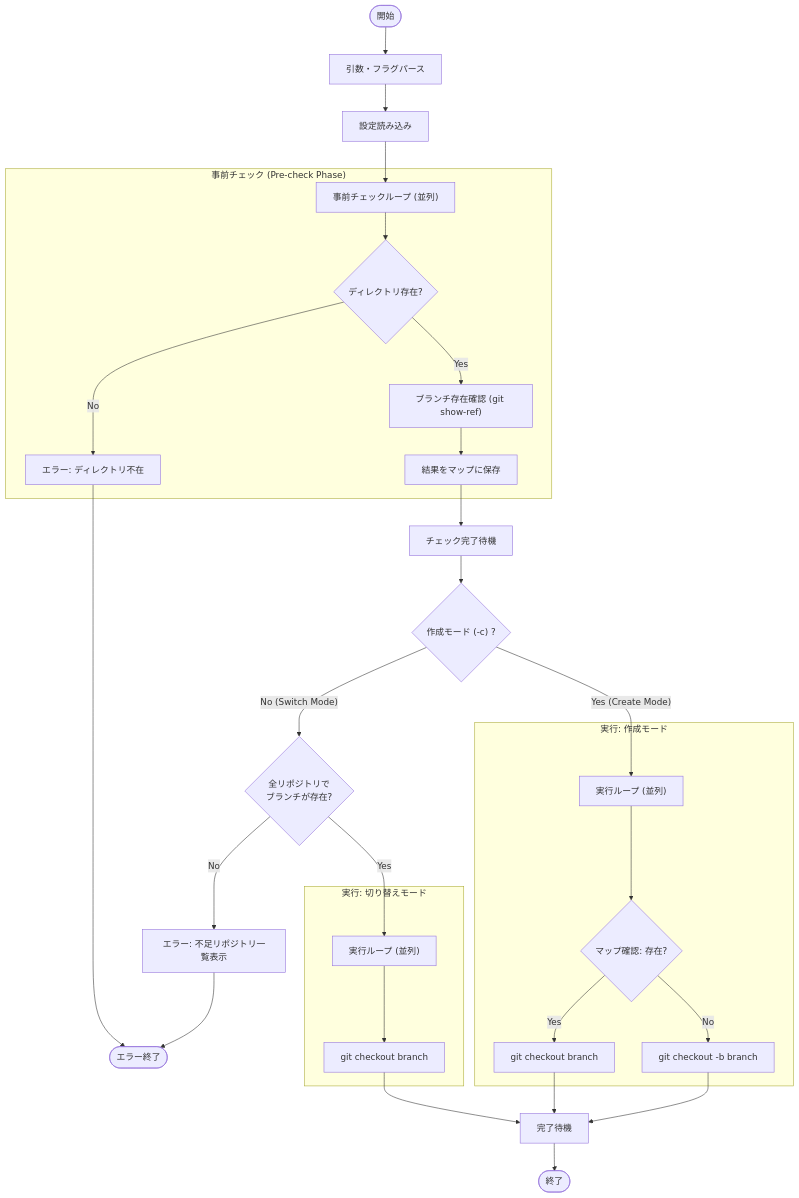
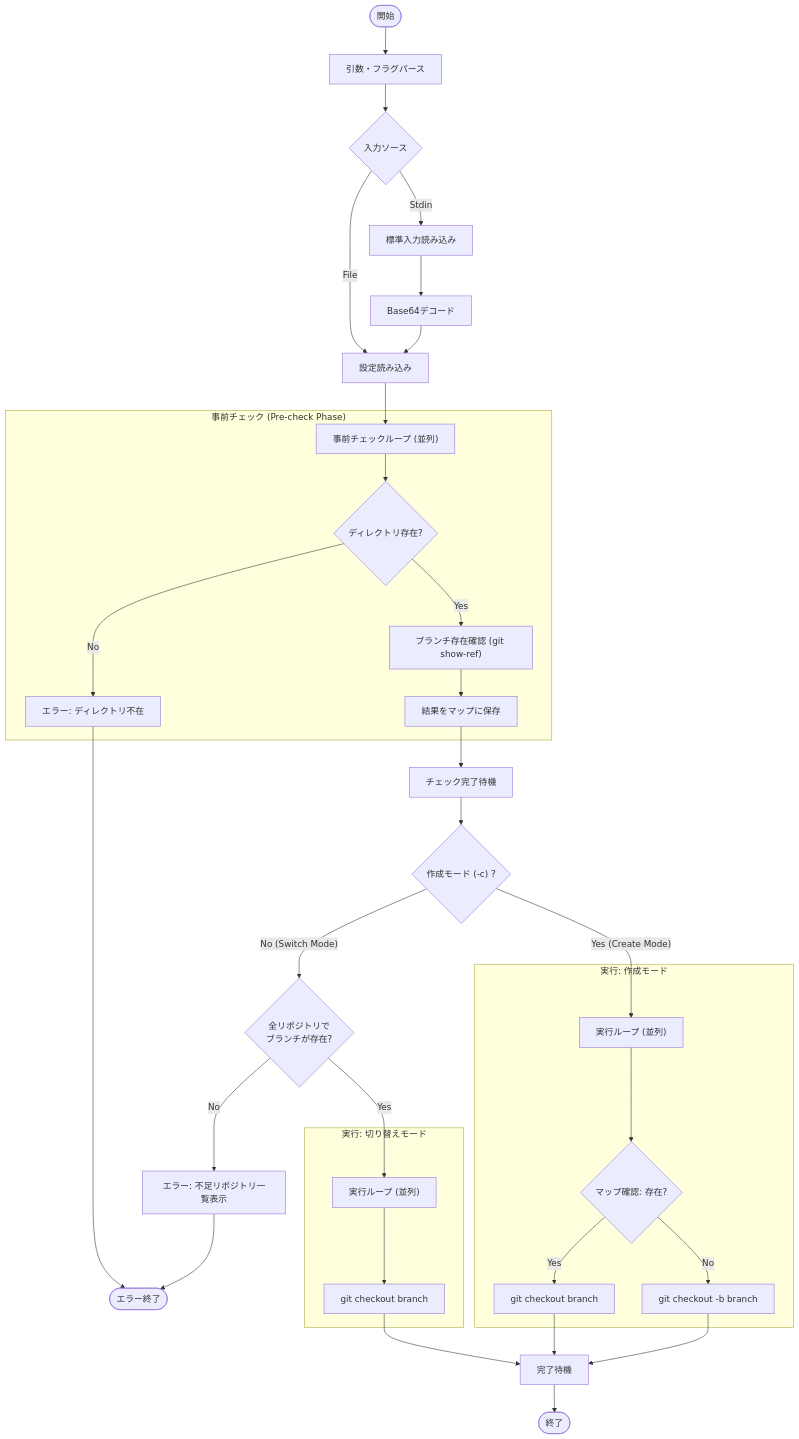
One commit to keiji/mistletoe changed the diagram in docs/internal/app/switch.md. Above: the diagram before and after it, drawn with Mermaid. The commit also changed 7 other files, not shown here.

First line of the commit message:
Update design docs to reflect Base64 decoding for stdin

````diff
--- a/docs/internal/app/switch.md
+++ b/docs/internal/app/switch.md
@@ -35,40 +35,44 @@
 ```mermaid
 flowchart TD
     Start(["開始"]) --> ParseArgs["引数・フラグパース"]
-    ParseArgs --> LoadConfig["設定読み込み"]
+    ParseArgs --> CheckInput{"入力ソース"}
+    CheckInput -- "File" --> LoadConfig["設定読み込み"]
+    CheckInput -- "Stdin" --> ReadStdin["標準入力読み込み"]
+    ReadStdin --> Decode["Base64デコード"]
+    Decode --> LoadConfig
     LoadConfig --> PreCheckLoop["事前チェックループ (並列)"]
 
     subgraph "事前チェック (Pre-check Phase)"
         PreCheckLoop --> CheckDir{"ディレクトリ存在?"}
         CheckDir -- No --> ErrorDir["エラー: ディレクトリ不在"]
         CheckDir -- Yes --> CheckBranch["ブランチ存在確認 (git show-ref)"]
         CheckBranch --> StoreResult["結果をマップに保存"]
     end
     ErrorDir --> ErrorExit(["エラー終了"])
 
     StoreResult --> WaitPreCheck["チェック完了待機"]
     WaitPreCheck --> CheckMode{"作成モード (-c) ?"}
 
     CheckMode -- No (Switch Mode) --> VerifyAll{"全リポジトリで\nブランチが存在?"}
     VerifyAll -- No --> ReportMissing["エラー: 不足リポジトリ一覧表示"]
     ReportMissing --> ErrorExit
 
     VerifyAll -- Yes --> ExecLoopSwitch["実行ループ (並列)"]
 
     subgraph "実行: 切り替えモード"
         ExecLoopSwitch --> GitCheckout["git checkout branch"]
     end
 
     CheckMode -- Yes (Create Mode) --> ExecLoopCreate["実行ループ (並列)"]
 
     subgraph "実行: 作成モード"
         ExecLoopCreate --> CheckMap{"マップ確認: 存在?"}
         CheckMap -- Yes --> SwitchOnly["git checkout branch"]
         CheckMap -- No --> CreateAndSwitch["git checkout -b branch"]
     end
 
     GitCheckout --> WaitExec["完了待機"]
     SwitchOnly --> WaitExec
     CreateAndSwitch --> WaitExec
     WaitExec --> Stop(["終了"])
 ```
````
